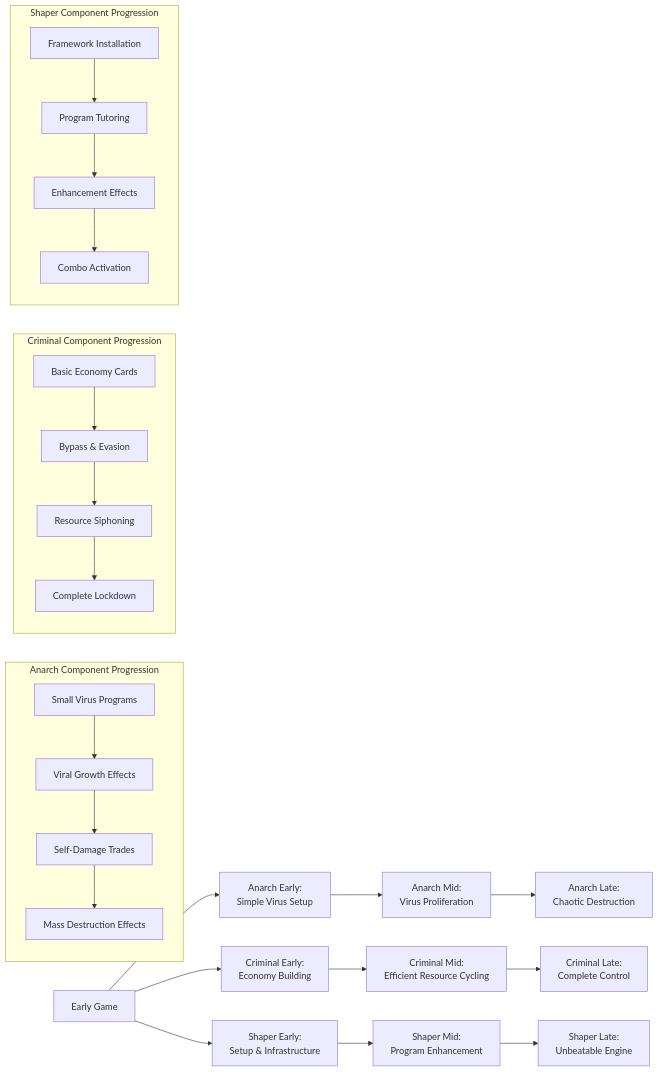
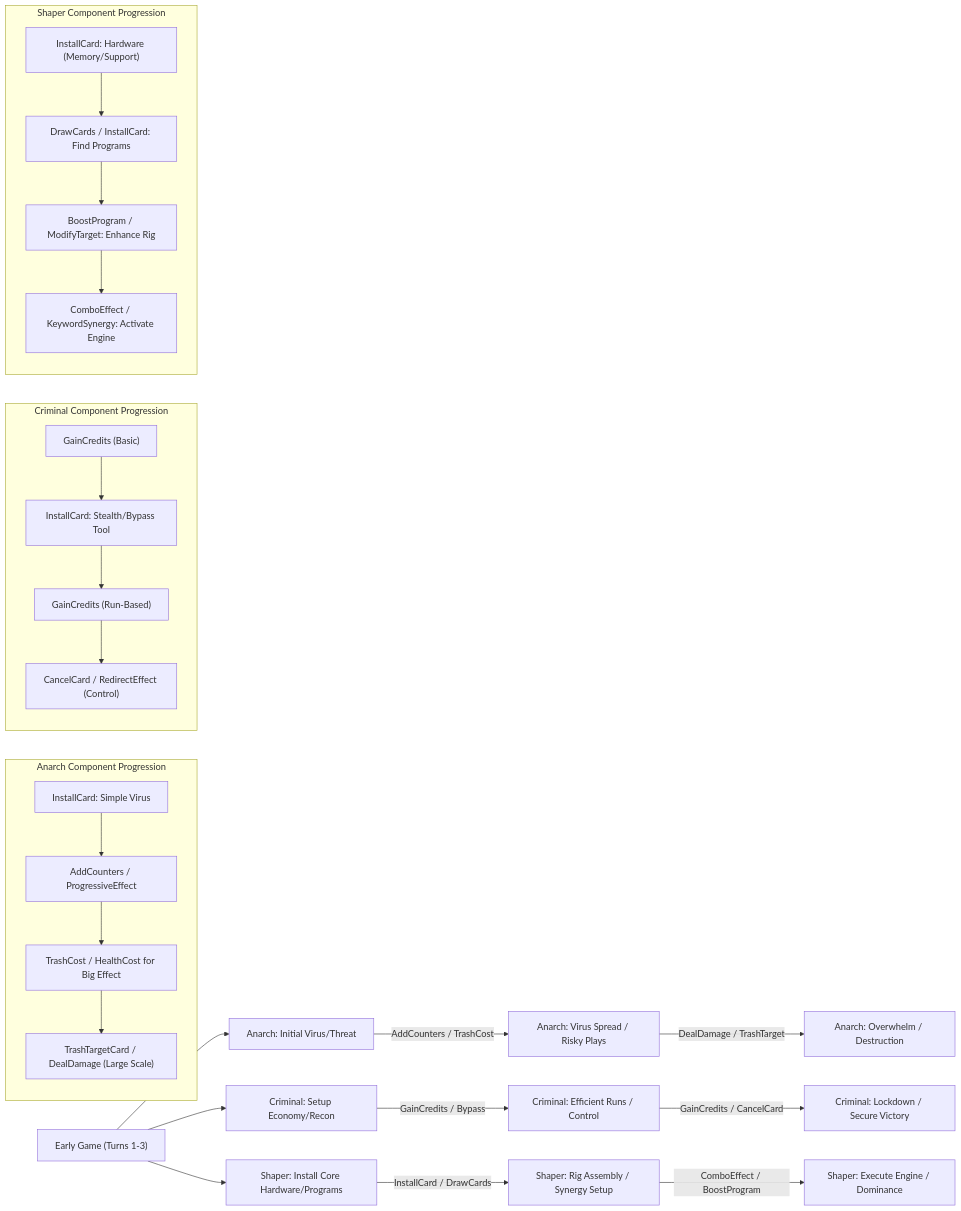
The fourth of 4 diagrams in component_relationship_matrix.md (twilwa/MoreRunner), drawn with Mermaid before and after one commit. The commit also changed other lines of this file and 5 other files, not shown here.

````diff
--- a/component_relationship_matrix.md
+++ b/component_relationship_matrix.md
@@ -230,30 +216,30 @@
 ```mermaid
 graph LR
     %% Early Game
-    EarlyGame["Early Game"] --> AnarchEarly["Anarch Early:\nSimple Virus Setup"]
-    EarlyGame --> CriminalEarly["Criminal Early:\nEconomy Building"]
-    EarlyGame --> ShaperEarly["Shaper Early:\nSetup & Infrastructure"]
-    
+    EarlyGame["Early Game (Turns 1-3)"] --> AnarchEarly["Anarch: Initial Virus/Threat"]
+    EarlyGame --> CriminalEarly["Criminal: Setup Economy/Recon"]
+    EarlyGame --> ShaperEarly["Shaper: Install Core Hardware/Programs"]
+
     %% Mid Game
-    AnarchEarly --> AnarchMid["Anarch Mid:\nVirus Proliferation"]
-    CriminalEarly --> CriminalMid["Criminal Mid:\nEfficient Resource Cycling"]
-    ShaperEarly --> ShaperMid["Shaper Mid:\nProgram Enhancement"]
-    
+    AnarchEarly -- AddCounters / TrashCost --> AnarchMid["Anarch: Virus Spread / Risky Plays"]
+    CriminalEarly -- GainCredits / Bypass --> CriminalMid["Criminal: Efficient Runs / Control"]
+    ShaperEarly -- InstallCard / DrawCards --> ShaperMid["Shaper: Rig Assembly / Synergy Setup"]
+
     %% Late Game
-    AnarchMid --> AnarchLate["Anarch Late:\nChaotic Destruction"]
-    CriminalMid --> CriminalLate["Criminal Late:\nComplete Control"]
-    ShaperMid --> ShaperLate["Shaper Late:\nUnbeatable Engine"]
-    
-    %% Component progression
+    AnarchMid -- DealDamage / TrashTarget --> AnarchLate["Anarch: Overwhelm / Destruction"]
+    CriminalMid -- GainCredits / CancelCard --> CriminalLate["Criminal: Lockdown / Secure Victory"]
+    ShaperMid -- ComboEffect / BoostProgram --> ShaperLate["Shaper: Execute Engine / Dominance"]
+
+    %% Component Progression Examples
     subgraph "Anarch Component Progression"
-        A1["Small Virus Programs"] --> A2["Viral Growth Effects"] --> A3["Self-Damage Trades"] --> A4["Mass Destruction Effects"]
+        AE1["InstallCard: Simple Virus"] --> AE2["AddCounters / ProgressiveEffect"] --> AE3["TrashCost / HealthCost for Big Effect"] --> AE4["TrashTargetCard / DealDamage (Large Scale)"]
     end
-    
+
     subgraph "Criminal Component Progression"
-        C1["Basic Economy Cards"] --> C2["Bypass & Evasion"] --> C3["Resource Siphoning"] --> C4["Complete Lockdown"]
+        CE1["GainCredits (Basic)"] --> CE2["InstallCard: Stealth/Bypass Tool"] --> CE3["GainCredits (Run-Based)"] --> CE4["CancelCard / RedirectEffect (Control)"]
     end
-    
+
     subgraph "Shaper Component Progression"
-        S1["Framework Installation"] --> S2["Program Tutoring"] --> S3["Enhancement Effects"] --> S4["Combo Activation"]
+        SE1["InstallCard: Hardware (Memory/Support)"] --> SE2["DrawCards / InstallCard: Find Programs"] --> SE3["BoostProgram / ModifyTarget: Enhance Rig"] --> SE4["ComboEffect / KeywordSynergy: Activate Engine"]
     end
 ```
````
